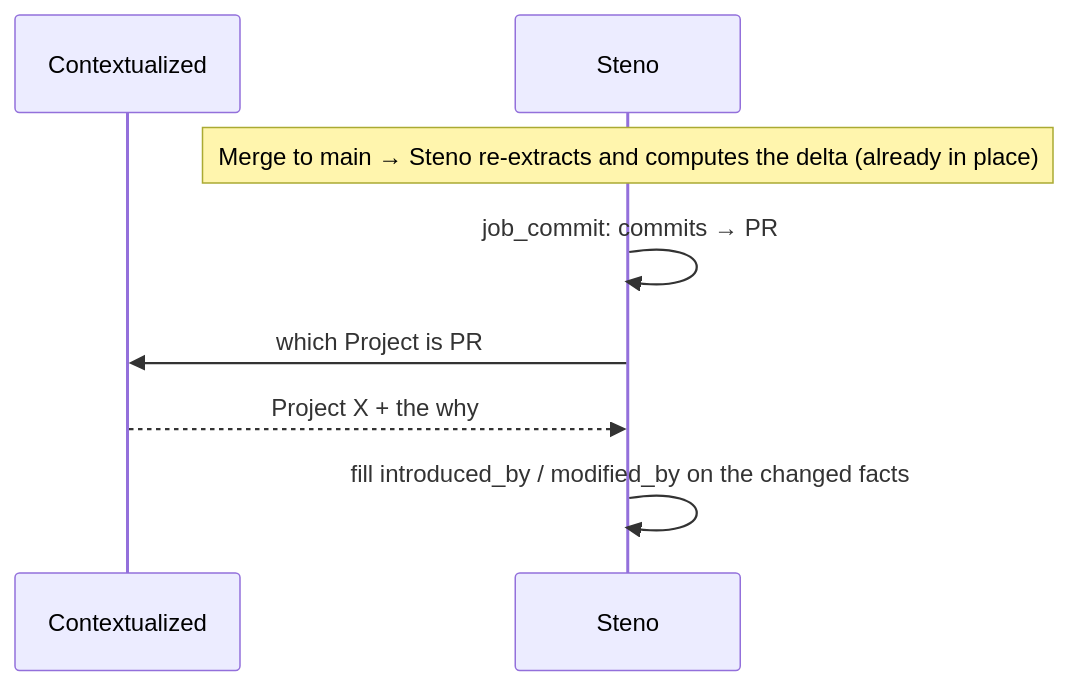
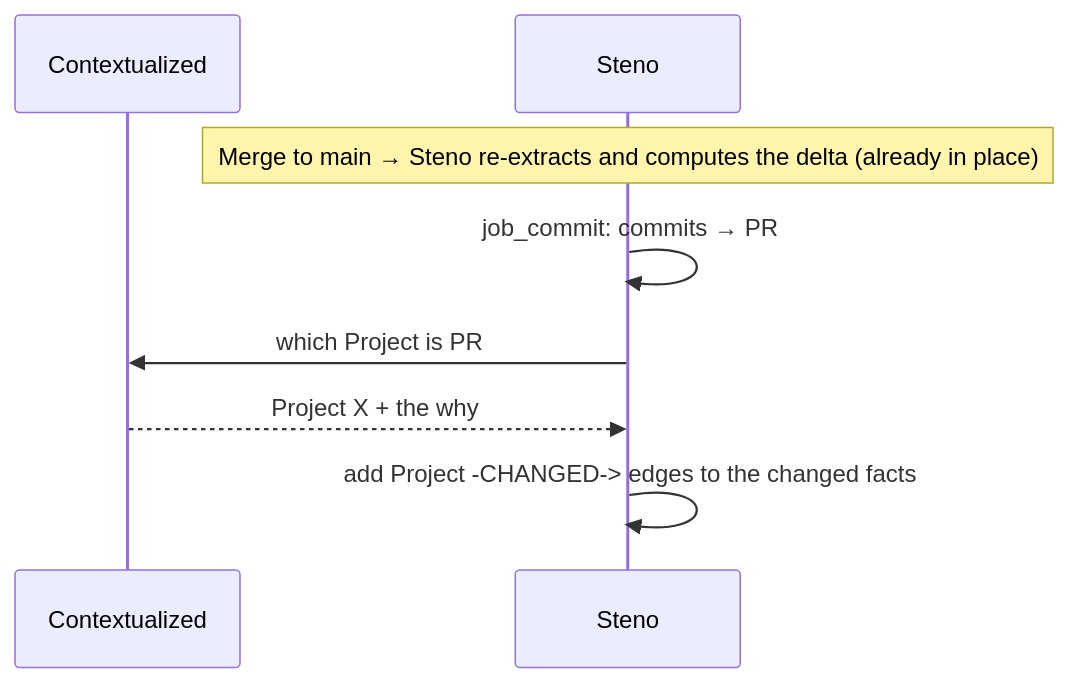
The eighth of 8 diagrams in docs/DESIGN_DOC.md (KBavis/steno), drawn with Mermaid before and after one commit. The commit also changed other lines of this file and 2 other files, not shown here.

Commit message:
docs: ensure only serachable nodes are embedded

````diff
--- a/docs/DESIGN_DOC.md
+++ b/docs/DESIGN_DOC.md
@@ -396,10 +396,10 @@
 ```mermaid
 sequenceDiagram
     participant Ctx as Contextualized
     participant St as Steno
     Note over St: Merge to main → Steno re-extracts and computes the delta (already in place)
     St->>St: job_commit: commits → PR #123
     St->>Ctx: which Project is PR #123 part of? what's its summary?
     Ctx-->>St: Project X + the why
-    St->>St: fill introduced_by / modified_by on the changed facts
+    St->>St: add Project -CHANGED-> edges to the changed facts
 ```
````
